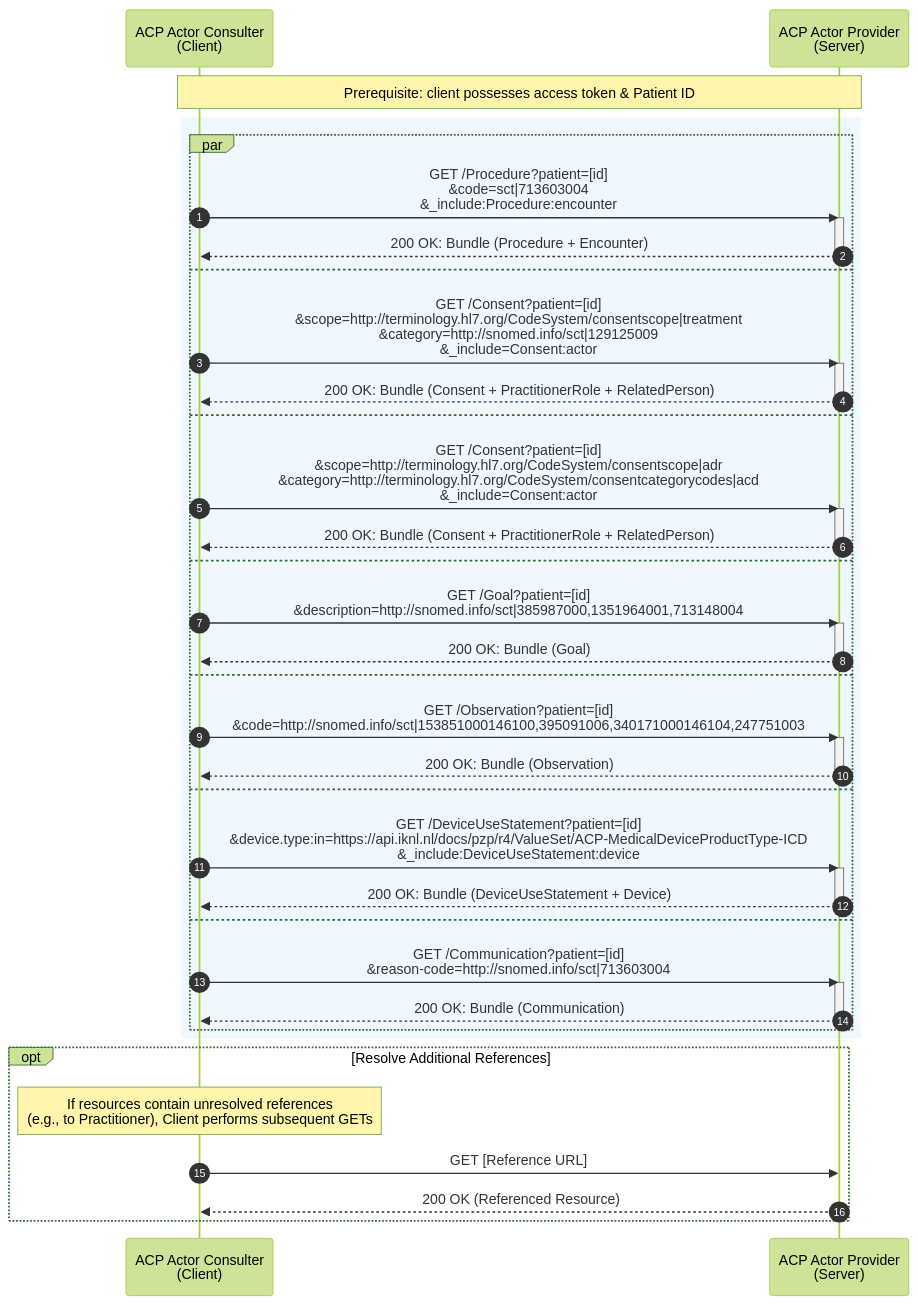
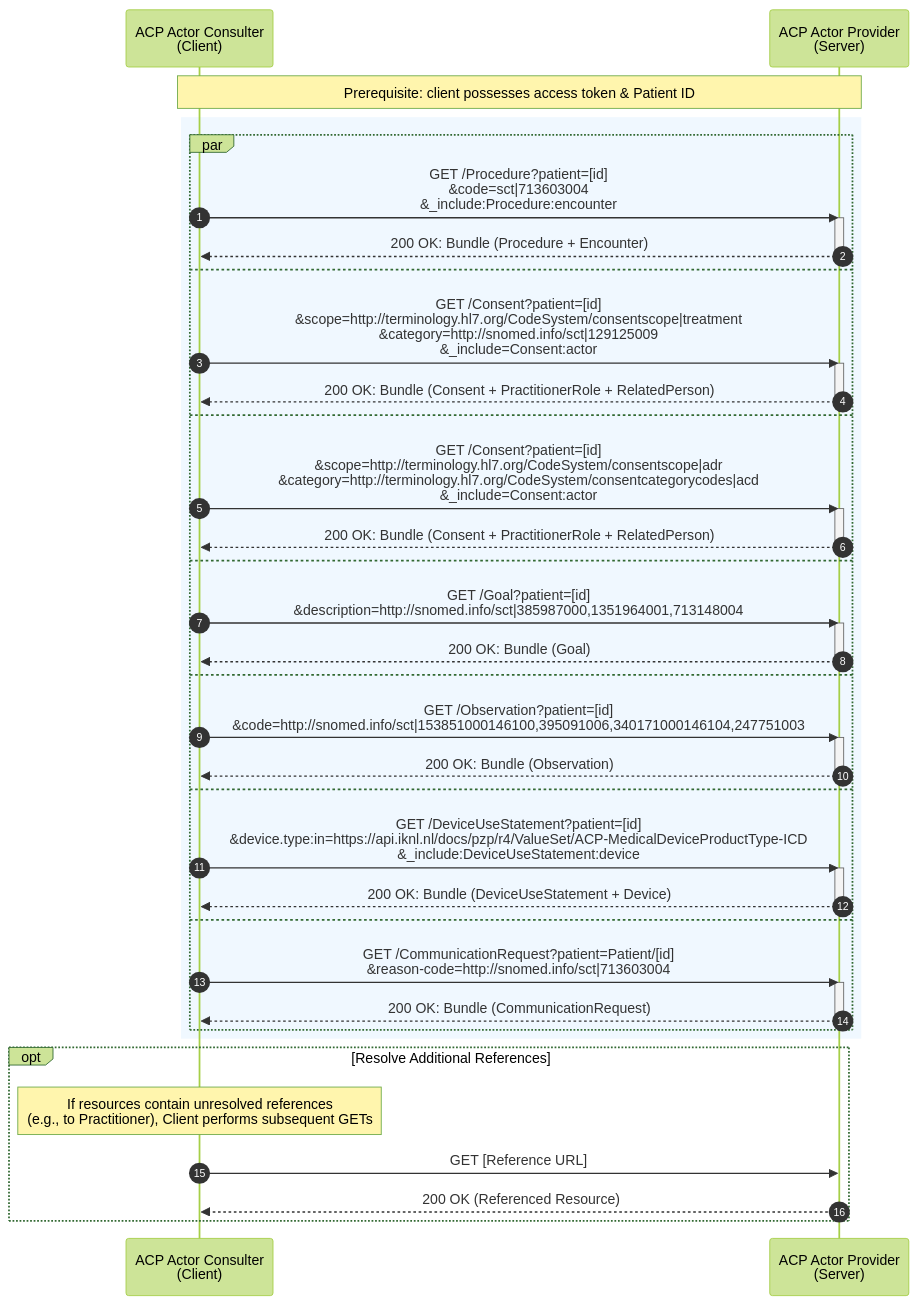
One commit to IKNL/PZP-FHIR-R4 changed the diagram in input/includes/fhir-data-exchange-individual-resources-mermaid-diagram.md. Above: the diagram before and after it, drawn with Mermaid (forest theme).

Commit message:
Update Communication to CommunicationRequest in diagram
Replaces Communication resource references with CommunicationRequest in the Mermaid sequence diagram to accurately reflect the intended FHIR resource and query.

```diff
--- a/input/includes/fhir-data-exchange-individual-resources-mermaid-diagram.md
+++ b/input/includes/fhir-data-exchange-individual-resources-mermaid-diagram.md
@@ -1,63 +1,63 @@
 <div class="mermaid" style="height: 800px; overflow: visible;">
 
 sequenceDiagram
     autonumber
     participant C as ACP Actor Consulter<br>(Client)
     participant S as ACP Actor Provider<br>(Server)
 
     note over C, S: Prerequisite: client possesses access token & Patient ID
 
     rect rgb(240, 248, 255)
   
         par 
             %% 1. Procedures
             C->>S: GET /Procedure?patient=[id]<br>&code=sct|713603004<br>&_include:Procedure:encounter
             activate S
             S-->>C: 200 OK: Bundle (Procedure + Encounter)
             deactivate S
         and
             %% 2. Consent (TreatmentDirective)
             C->>S: GET /Consent?patient=[id]<br>&scope=http://terminology.hl7.org/CodeSystem/consentscope|treatment<br>&category=http://snomed.info/sct|129125009<br>&_include=Consent:actor
             activate S
             S-->>C: 200 OK: Bundle (Consent + PractitionerRole + RelatedPerson)
             deactivate S
         and
             %% 3. Consent (AdvanceCareDirective)
             C->>S: GET /Consent?patient=[id]<br>&scope=http://terminology.hl7.org/CodeSystem/consentscope|adr<br>&category=http://terminology.hl7.org/CodeSystem/consentcategorycodes|acd<br>&_include=Consent:actor
             activate S
             S-->>C: 200 OK: Bundle (Consent + PractitionerRole + RelatedPerson)
             deactivate S
         and
             %% 4. Goals
             C->>S: GET /Goal?patient=[id]<br>&description=http://snomed.info/sct|385987000,1351964001,713148004
             activate S
             S-->>C: 200 OK: Bundle (Goal)
             deactivate S
         and
             %% 5. Observations
             C->>S: GET /Observation?patient=[id]<br>&code=http://snomed.info/sct|153851000146100,395091006,340171000146104,247751003
             activate S
             S-->>C: 200 OK: Bundle (Observation)
             deactivate S
         and
             %% 6. Devices
             C->>S: GET /DeviceUseStatement?patient=[id]<br>&device.type:in=https://api.iknl.nl/docs/pzp/r4/ValueSet/ACP-MedicalDeviceProductType-ICD<br>&_include:DeviceUseStatement:device
             activate S
             S-->>C: 200 OK: Bundle (DeviceUseStatement + Device)
             deactivate S
         and
-            %% 7. Communication
-            C->>S: GET /Communication?patient=[id]<br>&reason-code=http://snomed.info/sct|713603004
+            %% 7. CommunicationRequests
+            C->>S: GET /CommunicationRequest?patient=Patient/[id]<br>&reason-code=http://snomed.info/sct|713603004
             activate S
-            S-->>C: 200 OK: Bundle (Communication)
+            S-->>C: 200 OK: Bundle (CommunicationRequest)
             deactivate S
         end
     end
 
     opt Resolve Additional References
         note over C: If resources contain unresolved references<br>(e.g., to Practitioner), Client performs subsequent GETs
         C->>S: GET [Reference URL]
         S-->>C: 200 OK (Referenced Resource)
     end
 
 </div>
```
